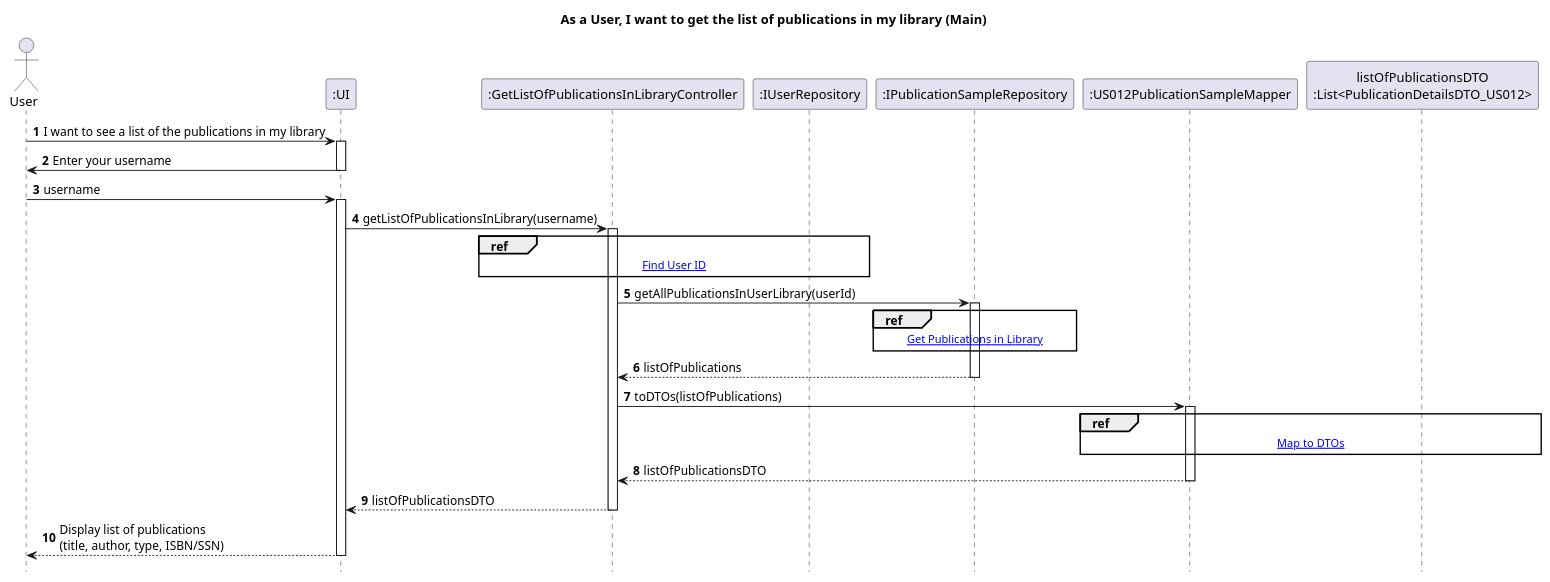
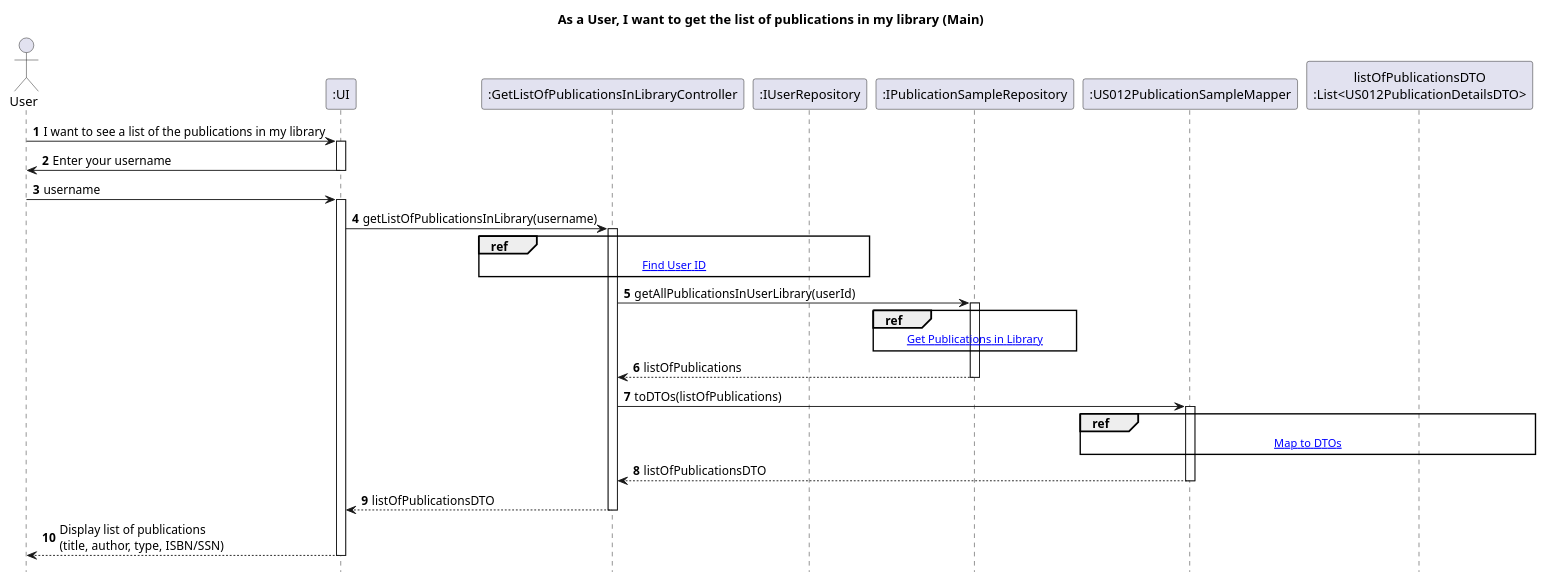
One commit to AndrePereiraGitH/SWitCH-Project-Team_A changed the diagram in Diagrams/SequenceDiagrams/N2/To-Get-List-Of-Publications-In-My-Library/1.MainDiagram.puml. Above: the diagram before and after it, drawn with PlantUML. The commit also changed 3 other files, not shown here.

Commit message:
refactor #674: refactor class diagram to align with sequence diagram

```diff
--- a/Diagrams/SequenceDiagrams/N2/To-Get-List-Of-Publications-In-My-Library/1.MainDiagram.puml
+++ b/Diagrams/SequenceDiagrams/N2/To-Get-List-Of-Publications-In-My-Library/1.MainDiagram.puml
@@ -1,54 +1,54 @@
 @startuml
 autonumber
 hide footbox
 title As a User, I want to get the list of publications in my library (Main)
 
 actor User
 participant ":UI" as UI
 participant ":GetListOfPublicationsInLibraryController" as Ctrl
 participant ":IUserRepository" as userRepo
 participant ":IPublicationSampleRepository" as pubSampleRepo
 participant ":US012PublicationSampleMapper" as Mapper
-participant "listOfPublicationsDTO\n:List<PublicationDetailsDTO_US012>" as ListDTO
+participant "listOfPublicationsDTO\n:List<US012PublicationDetailsDTO>" as ListDTO
 
 User -> UI : I want to see a list of the publications in my library
 activate UI
 UI -> User : Enter your username
 deactivate UI
 User -> UI : username
 
 activate UI
 UI -> Ctrl : getListOfPublicationsInLibrary(username)
 activate Ctrl
 
 ref over Ctrl, userRepo
   [[2.FindUserId.puml Find User ID]]
 end ref
 
 Ctrl -> pubSampleRepo : getAllPublicationsInUserLibrary(userId)
 activate pubSampleRepo
 
 ref over pubSampleRepo
   [[3.GetPublicationsInLibrary.puml Get Publications in Library]]
 end ref
 
 pubSampleRepo --> Ctrl : listOfPublications
 deactivate pubSampleRepo
 
 Ctrl -> Mapper : toDTOs(listOfPublications)
 activate Mapper
 
 ref over Mapper, ListDTO
   [[4.MapToDTOs.puml Map to DTOs]]
 end ref
 
 Mapper --> Ctrl : listOfPublicationsDTO
 deactivate Mapper
 
 Ctrl --> UI : listOfPublicationsDTO
 deactivate Ctrl
 
 UI --> User : Display list of publications\n(title, author, type, ISBN/SSN)
 deactivate UI
 
 @enduml
```
